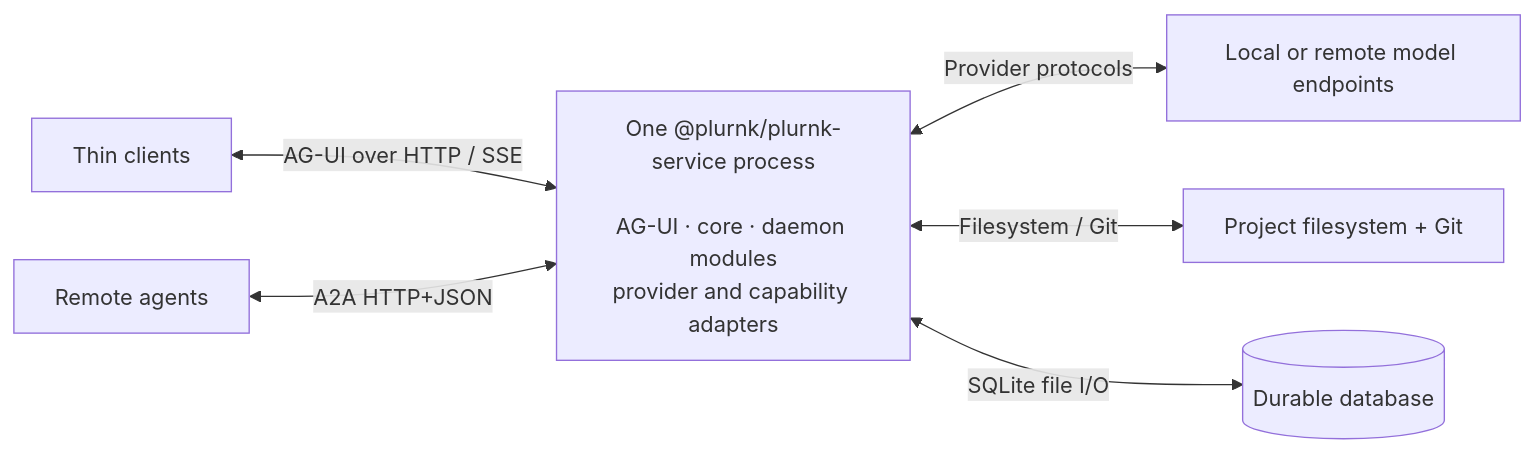
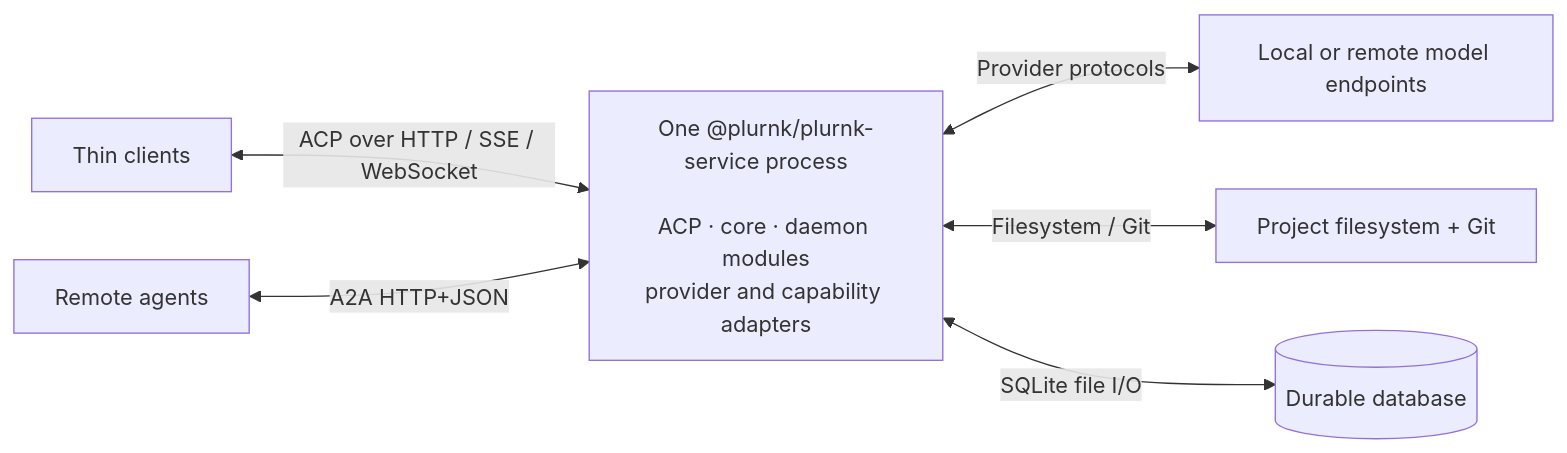
The fourth of 5 diagrams in ARCHITECTURE.md (plurnk/plurnk-service), drawn with Mermaid before and after one commit. The commit also changed other lines of this file and 278 other files, not shown here.

Commit message:
refactor(acp): complete client parity in plurnk-acp and retire plurnk-agui (#1232)

````diff
--- a/ARCHITECTURE.md
+++ b/ARCHITECTURE.md
@@ -352,8 +351,8 @@
 ```mermaid
 flowchart LR
-    clients["Thin clients"] <-->|AG-UI over HTTP / SSE| daemon["One @plurnk/plurnk-service process<br/><br/>AG-UI · core · daemon modules<br/>provider and capability adapters"]
+    clients["Thin clients"] <-->|ACP over HTTP / SSE / WebSocket| daemon["One @plurnk/plurnk-service process<br/><br/>ACP · core · daemon modules<br/>provider and capability adapters"]
     agents["Remote agents"] <-->|A2A HTTP+JSON| daemon
     daemon <-->|Provider protocols| endpoints["Local or remote model endpoints"]
     daemon <-->|Filesystem / Git| project["Project filesystem + Git"]
     daemon <-->|SQLite file I/O| database[(Durable database)]
 ```
````
